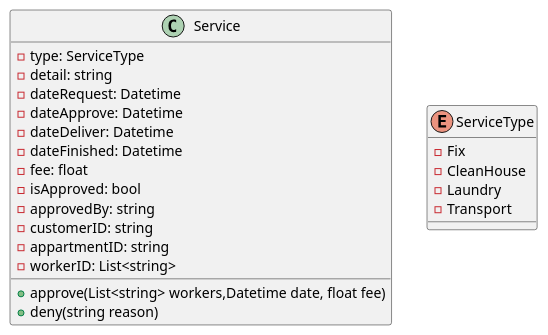
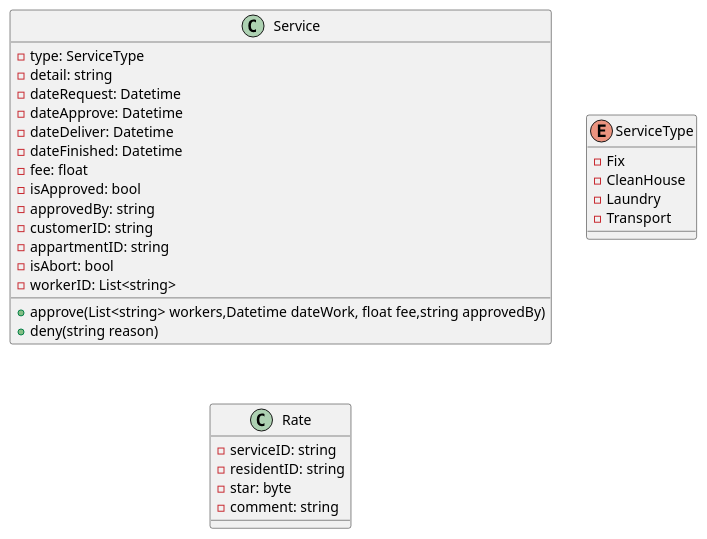
The diagram in Lab1/Lab1.2/Class Diagram/Quản lý dịch vụ.plantuml (QuickyBooster/SE357-Pratice-class), drawn with PlantUML before and after one commit. The commit also changed 4 other files, not shown here.

```diff
--- a/Lab1/Lab1.2/Class Diagram/Quản lý dịch vụ.plantuml
+++ b/Lab1/Lab1.2/Class Diagram/Quản lý dịch vụ.plantuml
@@ -1,22 +1,29 @@
 class Service{
   - type: ServiceType
   - detail: string
   - dateRequest: Datetime
   - dateApprove: Datetime
   - dateDeliver: Datetime
   - dateFinished: Datetime
   - fee: float
   - isApproved: bool
   - approvedBy: string
   - customerID: string
   - appartmentID: string
+  - isAbort: bool
   - workerID: List<string>
-  + approve(List<string> workers,Datetime date, float fee)
+  + approve(List<string> workers,Datetime dateWork, float fee,string approvedBy)
   + deny(string reason)
 }
 enum ServiceType{
   - Fix
   - CleanHouse
   - Laundry
   - Transport
 }
+class Rate{
+  - serviceID: string
+  - residentID: string
+  - star: byte
+  - comment: string
+}
```
